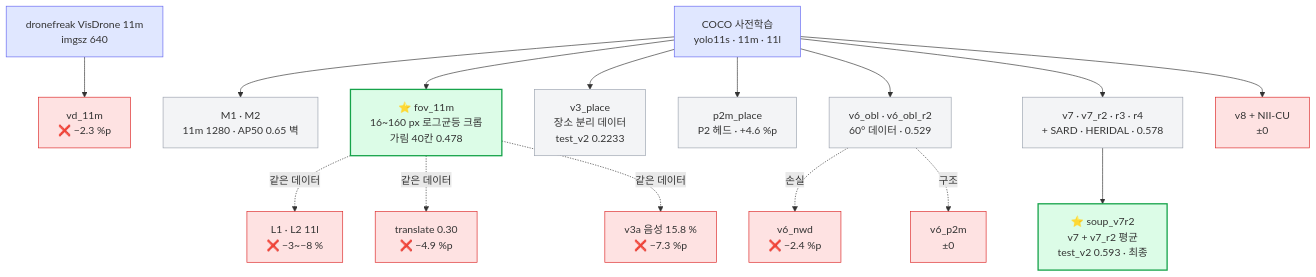
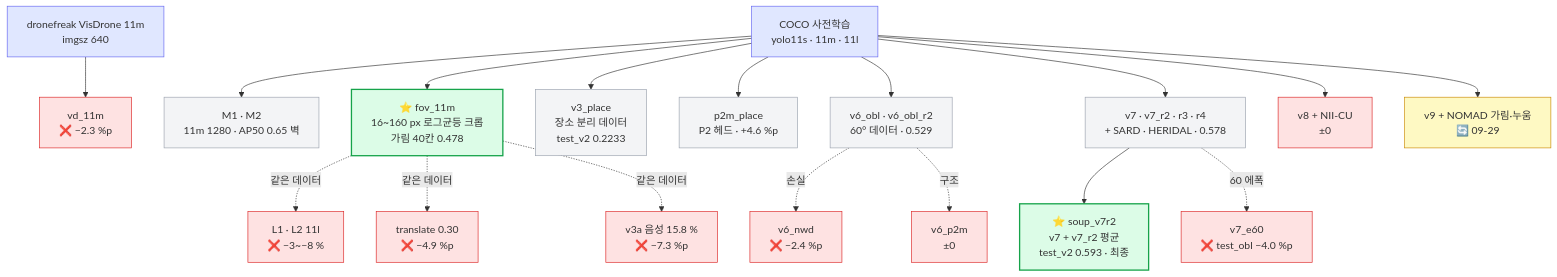
The first of 2 diagrams in obsidian/03 모델/가중치 계보.md (tim9985/Capstone), drawn with Mermaid before and after one commit. The commit also changed other lines of this file and 28 other files, not shown here.

````diff
--- a/obsidian/03 모델/가중치 계보.md
+++ b/obsidian/03 모델/가중치 계보.md
@@ -11,26 +11,28 @@
 ```mermaid
 flowchart TD
     C["COCO 사전학습<br/>yolo11s · 11m · 11l"]:::pub
     VD["dronefreak VisDrone 11m<br/>imgsz 640"]:::pub
     C --> M1["M1 · M2<br/>11m 1280 · AP50 0.65 벽"]:::keep
     C --> F["⭐ fov_11m<br/>16~160 px 로그균등 크롭<br/>가림 40칸 0.478"]:::star
     F -. 같은 데이터 .-> L["L1 · L2 11l<br/>❌ −3~−8 %"]:::rej
     F -. 같은 데이터 .-> TR["translate 0.30<br/>❌ −4.9 %p"]:::rej
     F -. 같은 데이터 .-> NG["v3a 음성 15.8 %<br/>❌ −7.3 %p"]:::rej
     VD --> D["vd_11m<br/>❌ −2.3 %p"]:::rej
     C --> P["v3_place<br/>장소 분리 데이터<br/>test_v2 0.2233"]:::keep
     C --> P2["p2m_place<br/>P2 헤드 · +4.6 %p"]:::keep
     C --> V6["v6_obl · v6_obl_r2<br/>60° 데이터 · 0.529"]:::keep
     V6 -. 손실 .-> NWD["v6_nwd<br/>❌ −2.4 %p"]:::rej
     V6 -. 구조 .-> V6P["v6_p2m<br/>±0"]:::rej
     C --> V7["v7 · v7_r2 · r3 · r4<br/>+ SARD · HERIDAL · 0.578"]:::keep
     C --> V8["v8 + NII-CU<br/>±0"]:::rej
     V7 --> S["⭐ soup_v7r2<br/>v7 + v7_r2 평균<br/>test_v2 0.593 · 최종"]:::star
+    V7 -. 60 에폭 .-> E60["v7_e60<br/>❌ test_obl −4.0 %p"]:::rej
+    C --> V9["v9 + NOMAD 가림·누움<br/>🔄 09-29"]:::run
 
     classDef pub fill:#e0e7ff,stroke:#6366f1
     classDef keep fill:#f3f4f6,stroke:#9ca3af
     classDef star fill:#dcfce7,stroke:#16a34a,stroke-width:2px
     classDef rej fill:#fee2e2,stroke:#dc2626
     classDef run fill:#fef9c3,stroke:#ca8a04
     classDef plan fill:#fff,stroke:#9ca3af,stroke-dasharray:4 3
 ```
````
